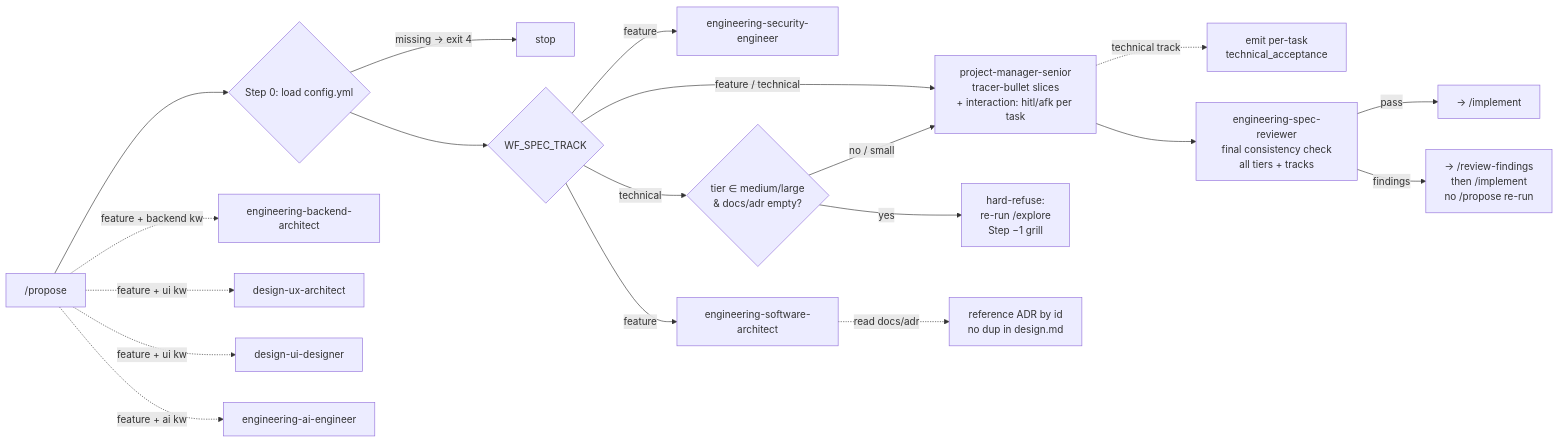
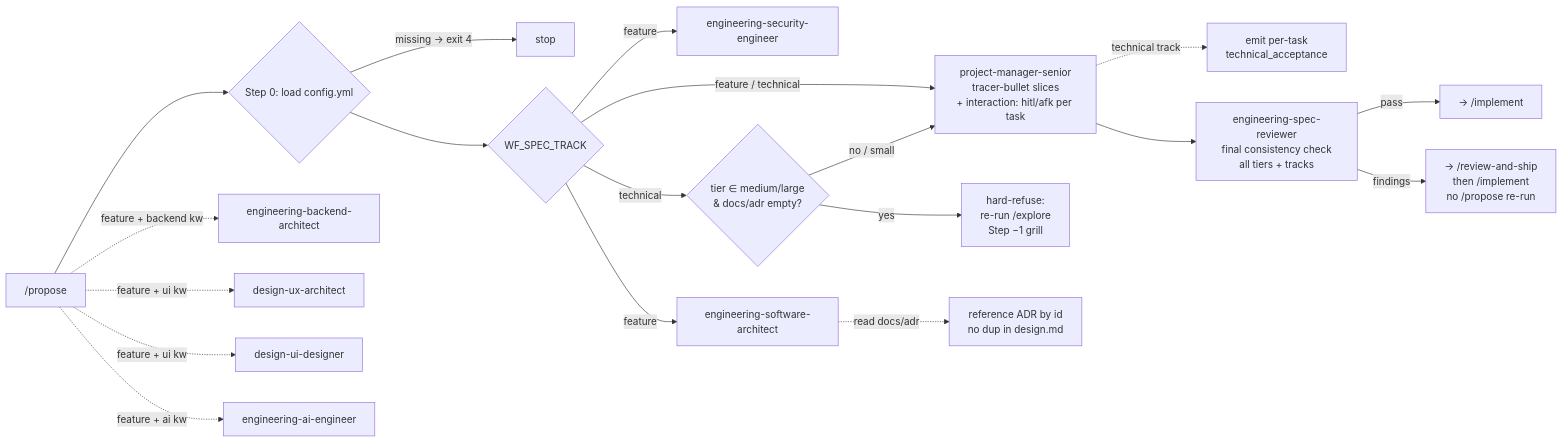
The seventh of 14 diagrams in docs/workflow-diagram.md (AlarQ/SDD-hub), drawn with Mermaid before and after one commit. The commit also changed other lines of this file and 29 other files, not shown here.

First line of the commit message:
refactor: fold /ship into /validate + /review-and-ship inline procedure

````diff
--- a/docs/workflow-diagram.md
+++ b/docs/workflow-diagram.md
@@ -335,21 +337,21 @@
 ```mermaid
 graph LR
     PR["/propose"] --> CFG0{Step 0: load config.yml}
     CFG0 -->|missing → exit 4| STOP_PR[stop]
     CFG0 --> TRK{WF_SPEC_TRACK}
     TRK -->|feature| SE[engineering-security-engineer]
     TRK -->|feature| SA[engineering-software-architect]
     TRK -->|feature / technical| SPM[project-manager-senior<br/>tracer-bullet slices<br/>+ interaction: hitl/afk per task]
     TRK -->|technical| TGATE{tier ∈ medium/large<br/>& docs/adr empty?}
     TGATE -->|yes| STOP_GR[hard-refuse:<br/>re-run /explore<br/>Step −1 grill]
     TGATE -->|no / small| SPM
     SPM -.->|technical track| TA[emit per-task<br/>technical_acceptance]
     SA -.->|read docs/adr| ADRREF[reference ADR by id<br/>no dup in design.md]
     PR -.->|feature + backend kw| BA[engineering-backend-architect]
     PR -.->|feature + ui kw| UXA[design-ux-architect]
     PR -.->|feature + ui kw| UID[design-ui-designer]
     PR -.->|feature + ai kw| AIE[engineering-ai-engineer]
     SPM --> SR[engineering-spec-reviewer<br/>final consistency check<br/>all tiers + tracks]
     SR -->|pass| OK_PR[→ /implement]
-    SR -->|findings| RFP[→ /review-findings<br/>then /implement<br/>no /propose re-run]
+    SR -->|findings| RFP[→ /review-and-ship<br/>then /implement<br/>no /propose re-run]
 ```
````
